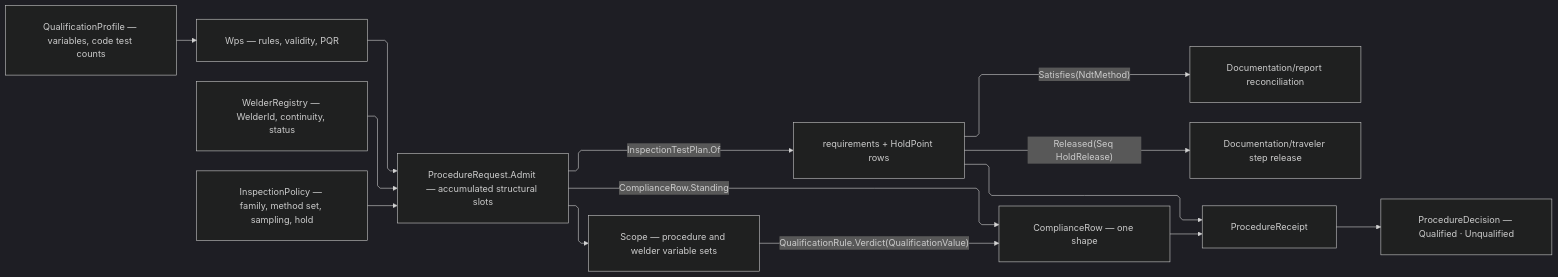
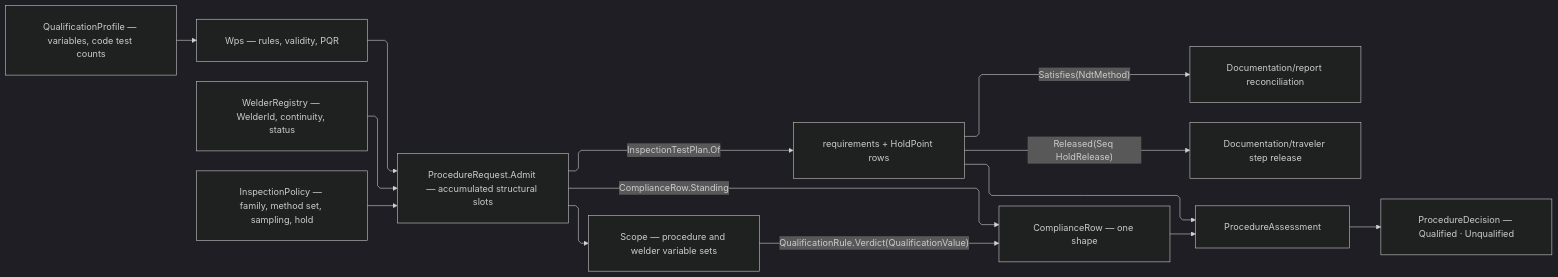
One commit to bsamiee/Rasm changed the diagram in libs/dotnet/Rasm.Fabrication/.planning/Joining/procedure.md. Above: the diagram before and after it, drawn with Mermaid (dark theme). The commit also changed other lines of this file and 1417 other files, not shown here.

````diff
--- a/libs/dotnet/Rasm.Fabrication/.planning/Joining/procedure.md
+++ b/libs/dotnet/Rasm.Fabrication/.planning/Joining/procedure.md
@@ -1165,25 +1165,25 @@
 ```mermaid
 ---
 config:
   layout: elk
   flowchart:
     curve: linear
     padding: 25
 ---
 flowchart LR
     accTitle: Weld procedure assessment fold
-    accDescr: One admitted procedure request pairs each joint demand against WPS and welder rules through a single modality triple, decomposes welder standing into ordinary rows, derives the inspection test plan with its hold points, and settles one decision receipt.
+    accDescr: One admitted procedure request pairs each joint demand against WPS and welder rules through a single modality triple, decomposes welder standing into ordinary rows, derives the inspection test plan with its hold points, and settles one decision result.
     Profile["QualificationProfile — variables, code test counts"] --> Wps["Wps — rules, validity, PQR"]
     Wps --> Request["ProcedureRequest.Admit — accumulated structural slots"]
     Registry["WelderRegistry — WelderId, continuity, status"] --> Request
     Policy["InspectionPolicy — family, method set, sampling, hold"] --> Request
     Request --> Scope["Scope — procedure and welder variable sets"]
     Scope -->|"QualificationRule.Verdict(QualificationValue)"| Rows["ComplianceRow — one shape"]
     Request -->|"ComplianceRow.Standing"| Rows
     Request -->|"InspectionTestPlan.Of"| Plan["requirements + HoldPoint rows"]
     Plan -->|"Satisfies(NdtMethod)"| Report["Documentation/report reconciliation"]
     Plan -->|"Released(Seq HoldRelease)"| Traveler["Documentation/traveler step release"]
-    Rows --> Receipt["ProcedureReceipt"]
-    Plan --> Receipt
-    Receipt --> Decision["ProcedureDecision — Qualified · Unqualified"]
+    Rows --> Result["ProcedureAssessment"]
+    Plan --> Result
+    Result --> Decision["ProcedureDecision — Qualified · Unqualified"]
 ```
````
